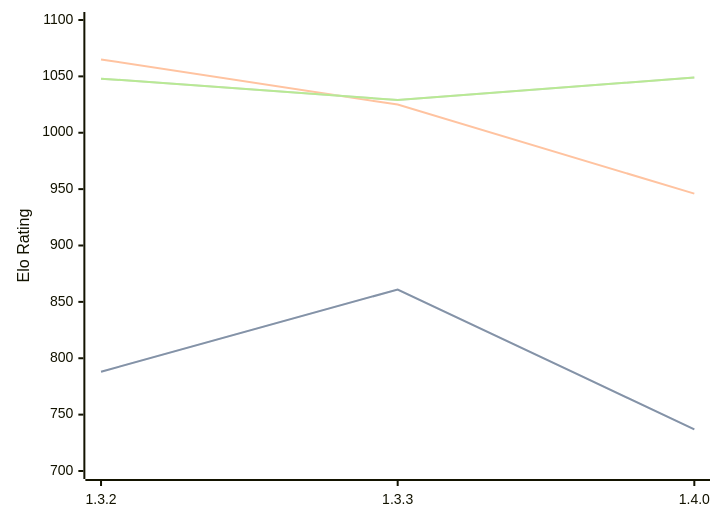
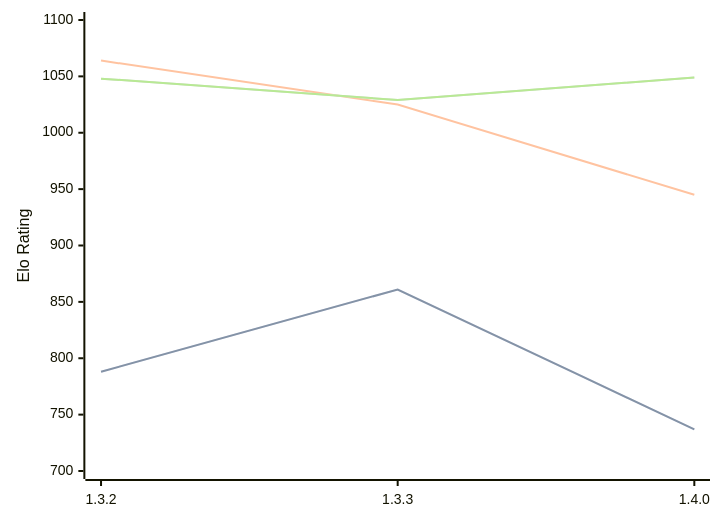
Before and after one commit to computer-chess-index/cci: the diagram in engines/Whitespine.md, drawn with Mermaid. The commit also changed other lines of this file, not shown here.

````diff
--- a/engines/Whitespine.md
+++ b/engines/Whitespine.md
@@ -33,11 +33,11 @@
 ```mermaid
 %%{init: {"theme":"base","themeVariables":{"seriesColors:['#a3a3a3','#222221','#faa371']}}}%%
 xychart-beta
   x-axis ["1.3.2", "1.3.3", "1.4.0"]
   y-axis "Elo Rating" 700 --> 1100
   line "" [788, 861, 737]
   line "STC (8.0+0.08s)" [788, 861, 737]
-  line "LTC (60.0+0.60s)" [1065, 1025, 946]
+  line "LTC (60.0+0.60s)" [1064, 1025, 945]
   line "" [1048, 1029, 1049]
   line "VLTC (2m24s+1.12s)" [1048, 1029, 1049]
 ```
````
